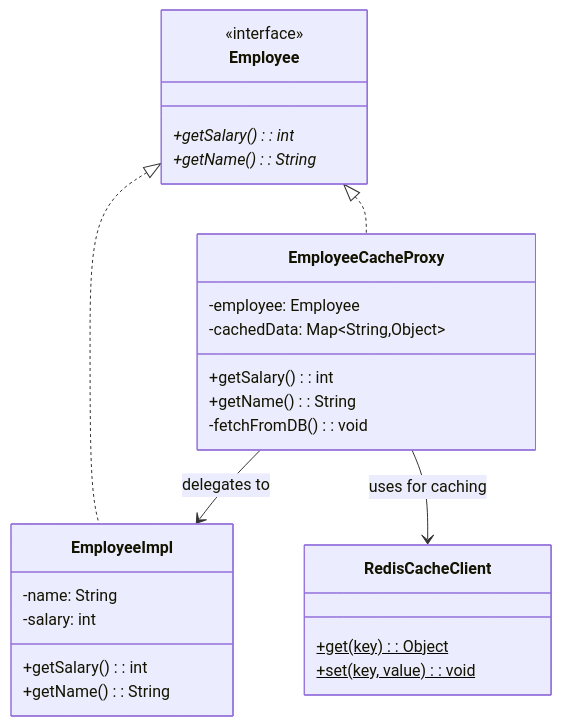
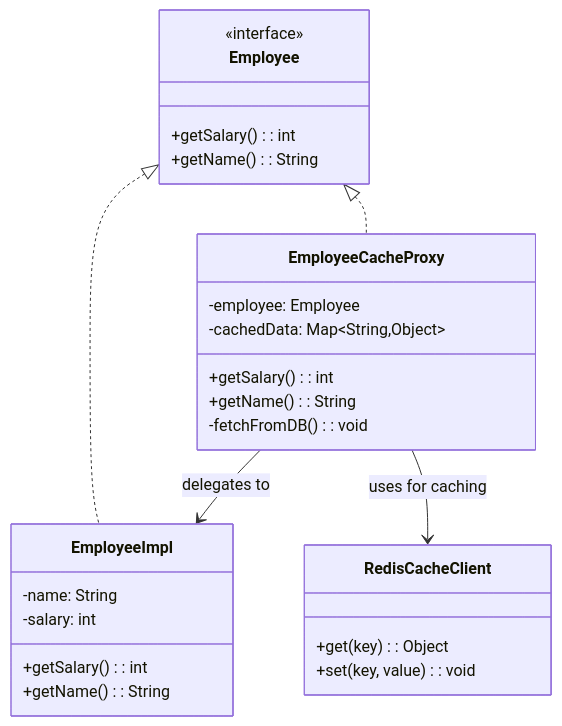
The diagram in LLD/DesignPattern/StructuralDesign/ProxyPattern/UML/ClassDiagram.md (shahbaz8584/low-level-design), drawn with Mermaid before and after one commit. The commit also changed 4393 other files, not shown here.

Commit message:
docs: regenerate PDF with SVG diagrams and add pattern references

````diff
--- a/LLD/DesignPattern/StructuralDesign/ProxyPattern/UML/ClassDiagram.md
+++ b/LLD/DesignPattern/StructuralDesign/ProxyPattern/UML/ClassDiagram.md
@@ -3,33 +3,33 @@
 ```mermaid
 classDiagram
     class Employee {
         <<interface>>
-        +getSalary(): int*
-        +getName(): String*
+        +getSalary(): int
+        +getName(): String
     }
-    
+
     class EmployeeImpl {
         -name: String
         -salary: int
         +getSalary(): int
         +getName(): String
     }
-    
+
     class EmployeeCacheProxy {
         -employee: Employee
         -cachedData: Map~String,Object~
         +getSalary(): int
         +getName(): String
         -fetchFromDB(): void
     }
-    
+
     class RedisCacheClient {
-        +get(key): Object$
-        +set(key, value): void$
+        +get(key): Object
+        +set(key, value): void
     }
-    
+
     Employee <|.. EmployeeImpl
     Employee <|.. EmployeeCacheProxy
     EmployeeCacheProxy --> EmployeeImpl: delegates to
     EmployeeCacheProxy --> RedisCacheClient: uses for caching
 ```
````
